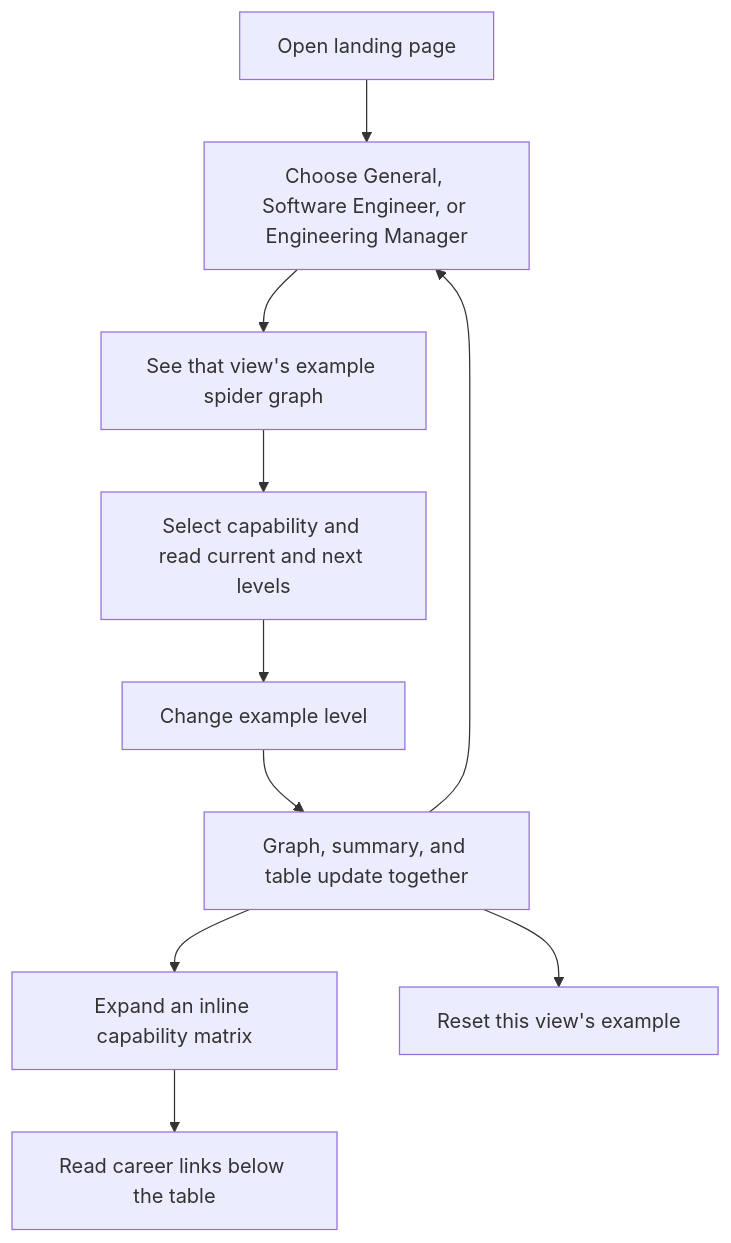
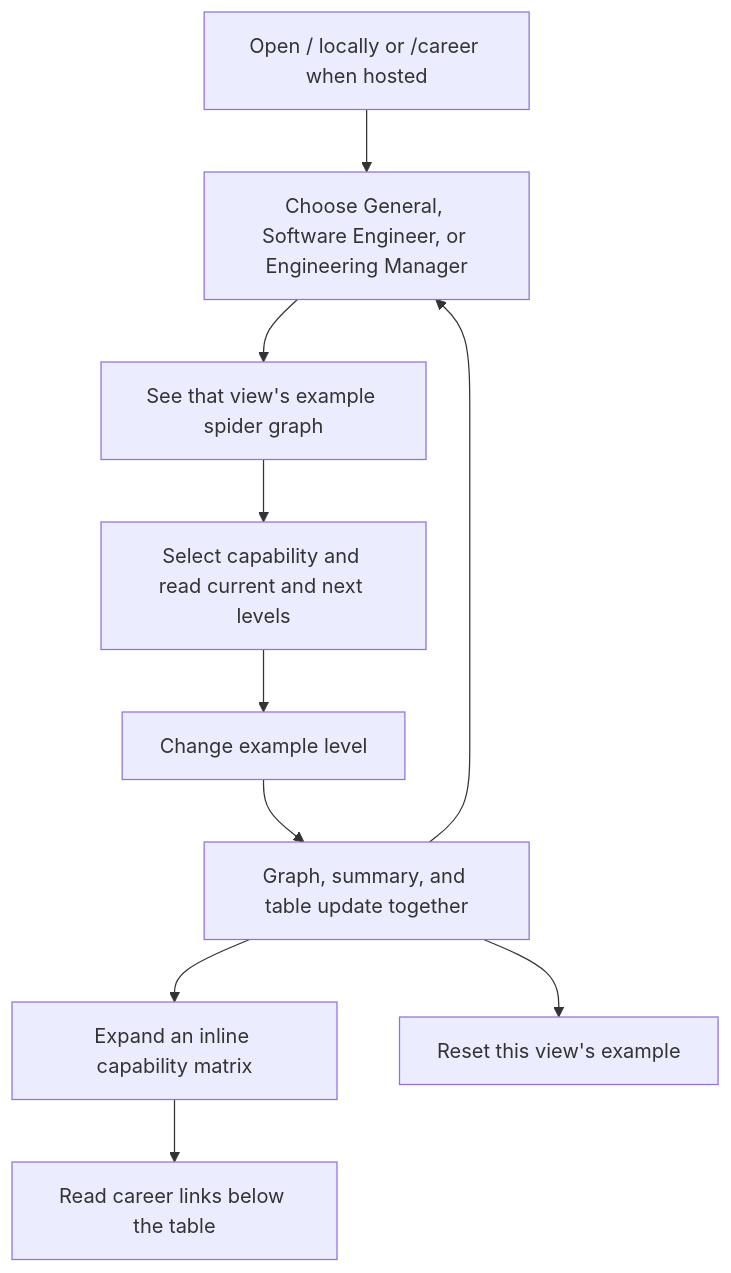
Before and after one commit to johnpfeiffer/career: the second of 2 diagrams in architecture.md, drawn with Mermaid. The commit also changed other lines of this file and 1 other file, not shown here.

````diff
--- a/architecture.md
+++ b/architecture.md
@@ -24,12 +25,12 @@
 ```mermaid
 flowchart TD
-    A["Open landing page"] --> B["Choose General, Software Engineer, or Engineering Manager"]
+    A["Open / locally or /career when hosted"] --> B["Choose General, Software Engineer, or Engineering Manager"]
     B --> C["See that view's example spider graph"]
     C --> D["Select capability and read current and next levels"]
     D --> E["Change example level"]
     E --> F["Graph, summary, and table update together"]
     F --> G["Expand an inline capability matrix"]
     G --> I["Read career links below the table"]
     F --> H["Reset this view's example"]
     F --> B
 ```
````
